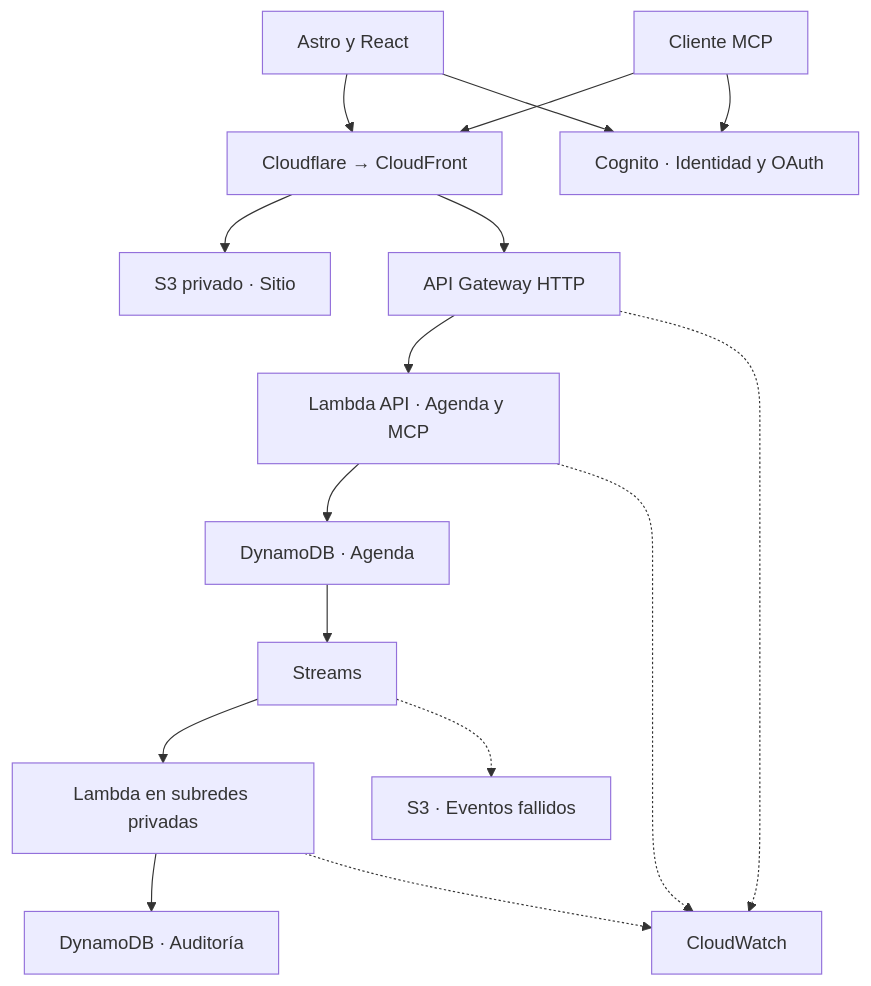
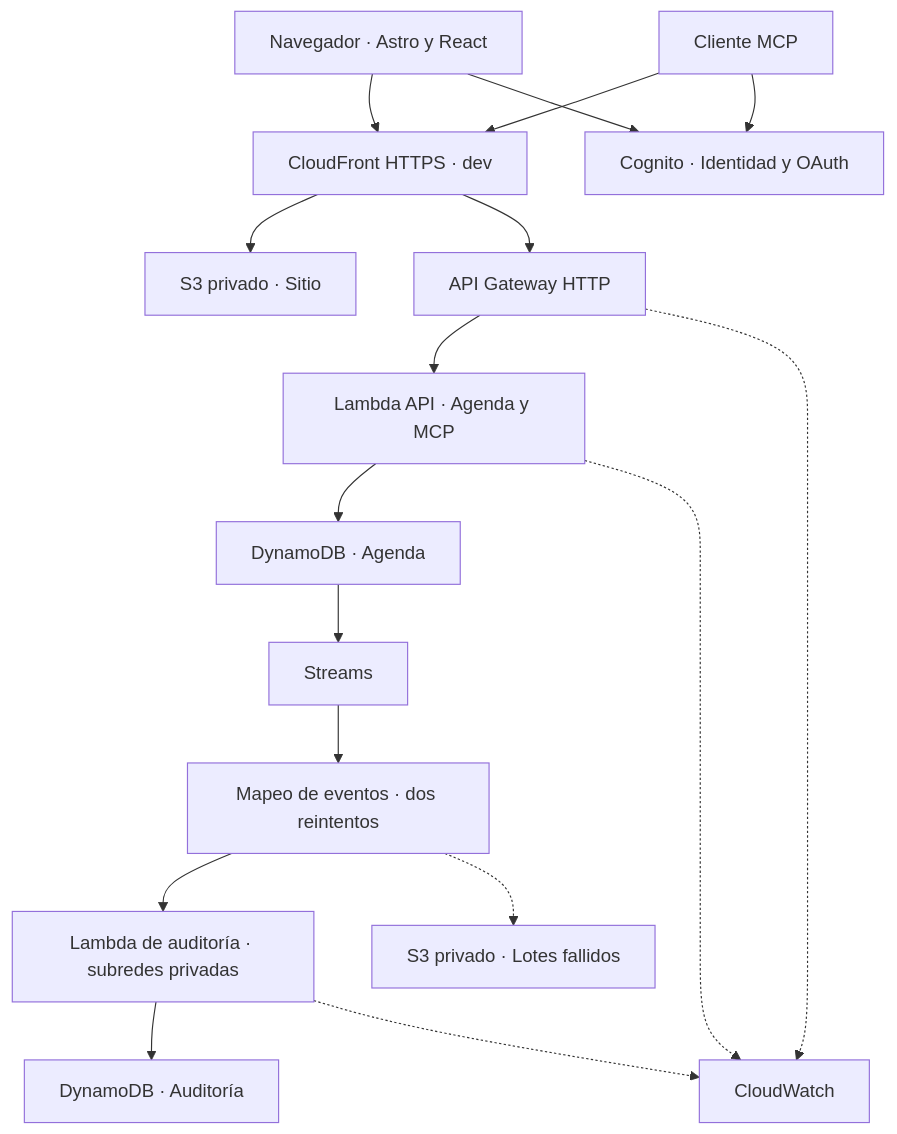
Before and after one commit to aisergio/MediPoli: the diagram in diagramas/u3/01-arquitectura.mmd, drawn with Mermaid. The commit also changed 1 other file, not shown here.

```diff
--- a/diagramas/u3/01-arquitectura.mmd
+++ b/diagramas/u3/01-arquitectura.mmd
@@ -1,13 +1,14 @@
 flowchart TB
-  WEB["Astro y React"] --> CF["Cloudflare → CloudFront"]
+  WEB["Navegador · Astro y React"] --> CF["CloudFront HTTPS · dev"]
   MCP["Cliente MCP"] --> CF
   WEB & MCP --> ID["Cognito · Identidad y OAuth"]
   CF --> STATIC["S3 privado · Sitio"]
   CF --> API["API Gateway HTTP"]
   API --> L["Lambda API · Agenda y MCP"]
   L --> DB["DynamoDB · Agenda"]
   DB --> E["Streams"]
-  E --> A["Lambda en subredes privadas"]
+  E --> M["Mapeo de eventos · dos reintentos"]
+  M --> A["Lambda de auditoría · subredes privadas"]
   A --> AUD["DynamoDB · Auditoría"]
-  E -.-> FAIL["S3 · Eventos fallidos"]
+  M -.-> FAIL["S3 privado · Lotes fallidos"]
   API & L & A -.-> CW["CloudWatch"]
```
